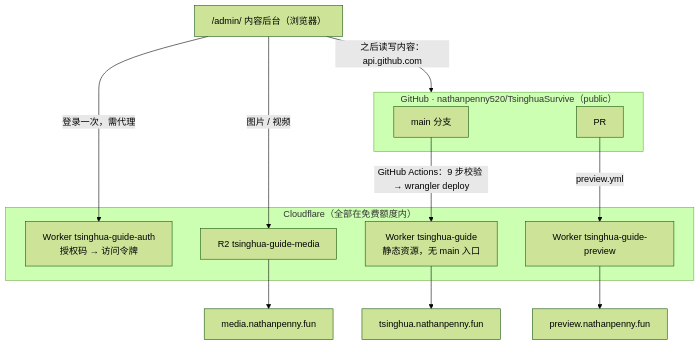
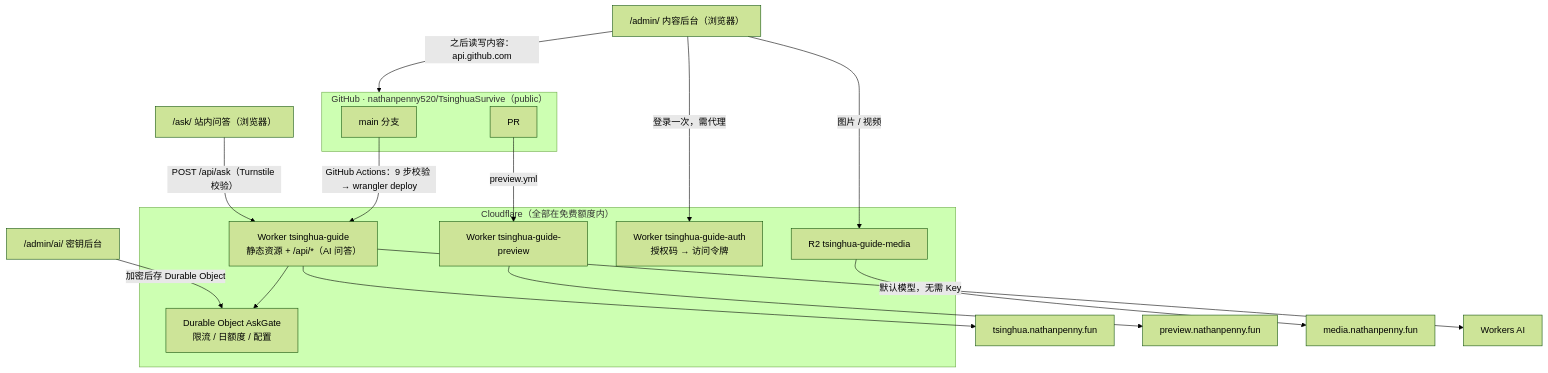
The diagram in HANDOVER.md (nathanpenny520/TsinghuaSurvive), drawn with Mermaid (forest theme) before and after one commit. The commit also changed other lines of this file and 29 other files, not shown here.

````diff
--- a/HANDOVER.md
+++ b/HANDOVER.md
@@ -13,17 +13,21 @@
 ```mermaid
 flowchart TB
   subgraph GH["GitHub · nathanpenny520/TsinghuaSurvive（public）"]
     MAIN["main 分支"]; PRB["PR"]
   end
   subgraph CF["Cloudflare（全部在免费额度内）"]
-    W1["Worker tsinghua-guide<br/>静态资源，无 main 入口"]
+    W1["Worker tsinghua-guide<br/>静态资源 + /api/*（AI 问答）"]
     W2["Worker tsinghua-guide-preview"]
     W3["Worker tsinghua-guide-auth<br/>授权码 → 访问令牌"]
     R2B["R2 tsinghua-guide-media"]
+    DO["Durable Object AskGate<br/>限流 / 日额度 / 配置"]
   end
   MAIN -- "GitHub Actions：9 步校验 → wrangler deploy" --> W1 --> SITE["tsinghua.nathanpenny.fun"]
   PRB -- "preview.yml" --> W2 --> PRE["preview.nathanpenny.fun"]
   ADM["/admin/ 内容后台（浏览器）"] -- "登录一次，需代理" --> W3
   ADM -- "之后读写内容：api.github.com" --> GH
   ADM -- "图片 / 视频" --> R2B --> MEDIA["media.nathanpenny.fun"]
+  ASK["/ask/ 站内问答（浏览器）"] -- "POST /api/ask（Turnstile 校验）" --> W1 --> DO
+  W1 -- "默认模型，无需 Key" --> WAI["Workers AI"]
+  ADMIN["/admin/ai/ 密钥后台"] -- "加密后存 Durable Object" --> DO
 ```
````
